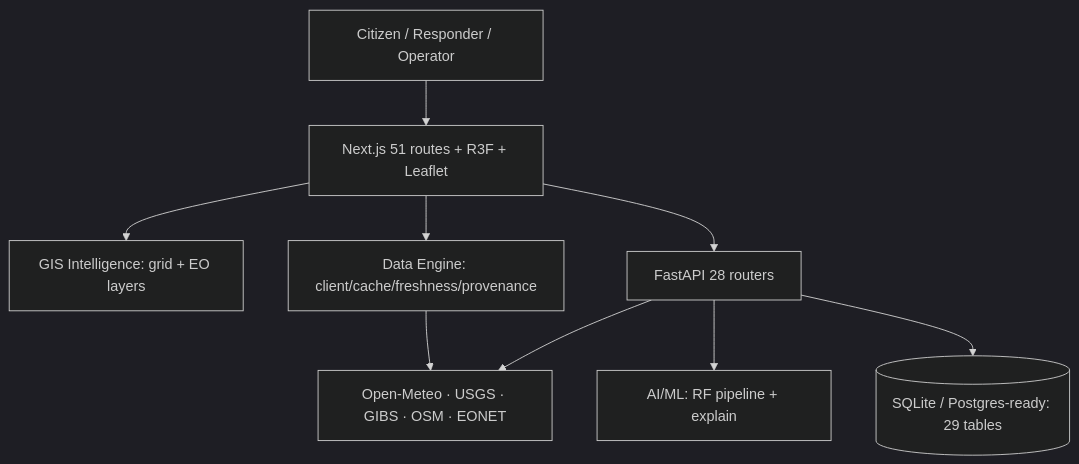
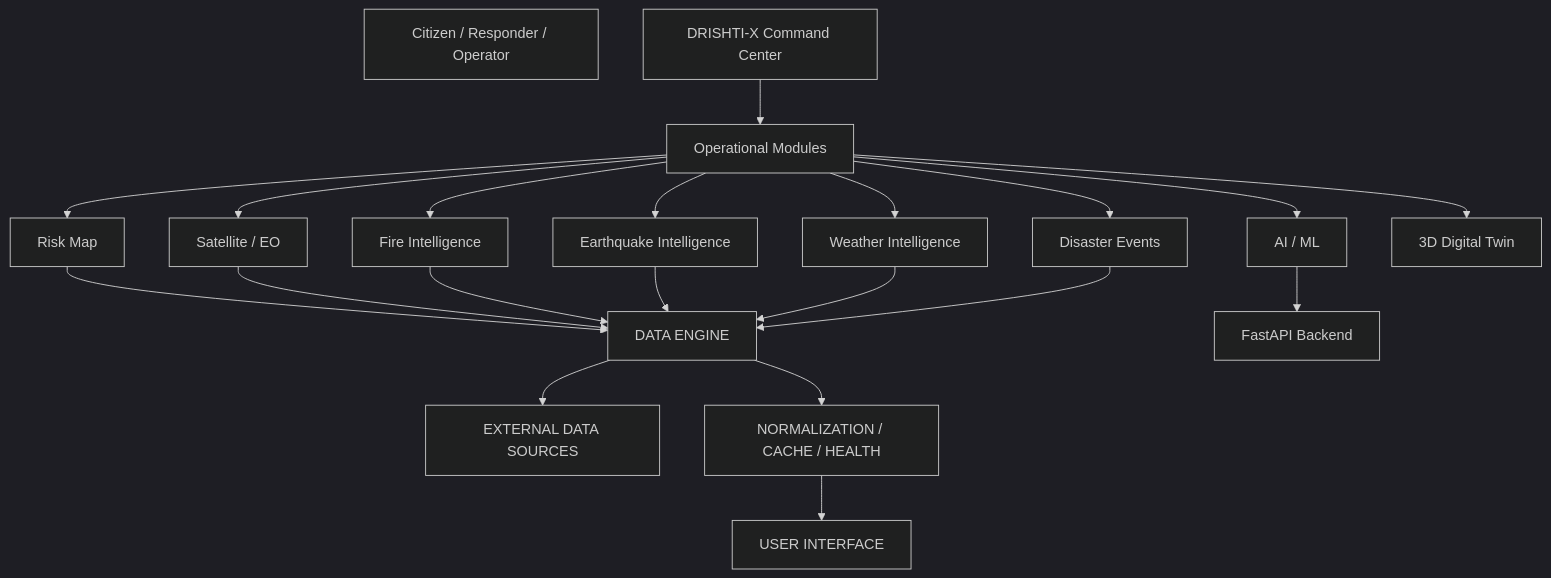
Before and after one commit to hemanthhemanth1834-bit/drishti-ai-command-center: the first of 3 diagrams in README.md, drawn with Mermaid (dark theme). The commit also changed other lines of this file, not shown here.

Commit message:
Create definitive DRISHTI-X project README

````diff
--- a/README.md
+++ b/README.md
@@ -60,19 +72,33 @@
 ```mermaid
 flowchart TB
     USER[Citizen / Responder / Operator]
-    UI[Next.js 51 routes + R3F + Leaflet]
-    GIS[GIS Intelligence: grid + EO layers]
-    ENGINE[Data Engine: client/cache/freshness/provenance]
-    API[FastAPI 28 routers]
-    EXT[Open-Meteo · USGS · GIBS · OSM · EONET]
-    ML[AI/ML: RF pipeline + explain]
-    DB[(SQLite / Postgres-ready: 29 tables)]
-    USER --> UI
-    UI --> GIS
-    UI --> ENGINE
-    UI --> API
-    ENGINE --> EXT
-    API --> EXT
-    API --> ML
-    API --> DB
+    CC[DRISHTI-X Command Center]
+    MODS[Operational Modules]
+    RISK[Risk Map]
+    SAT[Satellite / EO]
+    FIRE[Fire Intelligence]
+    QUAKE[Earthquake Intelligence]
+    WX[Weather Intelligence]
+    EV[Disaster Events]
+    AIML[AI / ML]
+    TWIN[3D Digital Twin]
+    CC --> MODS
+    MODS --> RISK
+    MODS --> SAT
+    MODS --> FIRE
+    MODS --> QUAKE
+    MODS --> WX
+    MODS --> EV
+    MODS --> AIML
+    MODS --> TWIN
+    RISK --> ENGINE[DATA ENGINE]
+    SAT --> ENGINE
+    FIRE --> ENGINE
+    QUAKE --> ENGINE
+    WX --> ENGINE
+    EV --> ENGINE
+    AIML --> API[FastAPI Backend]
+    ENGINE --> EXT[EXTERNAL DATA SOURCES]
+    ENGINE --> NORM[NORMALIZATION / CACHE / HEALTH]
+    NORM --> UI[USER INTERFACE]
 ```
````
